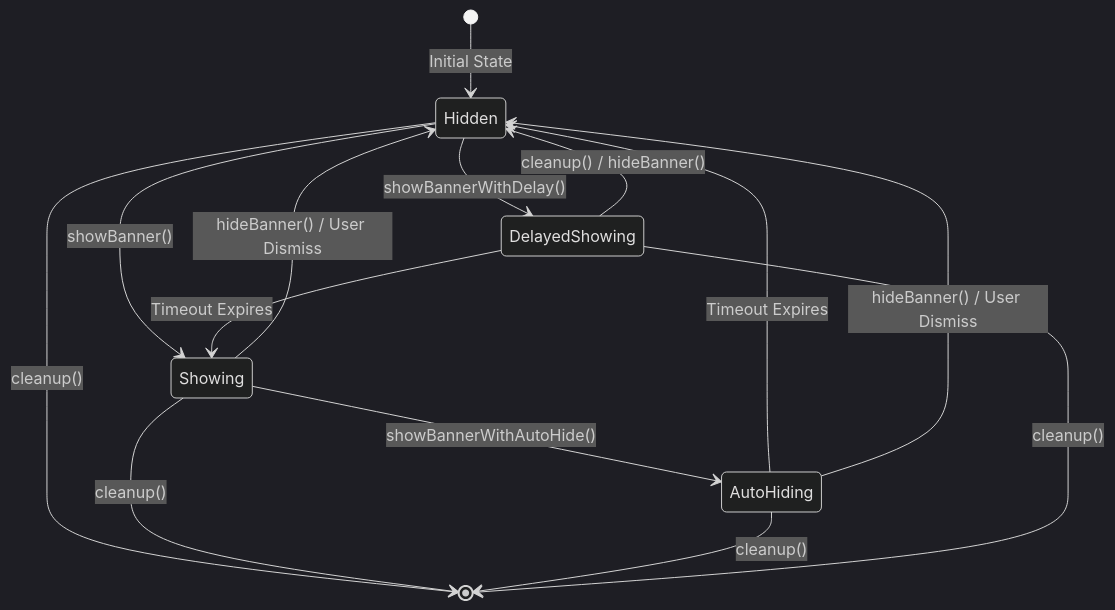
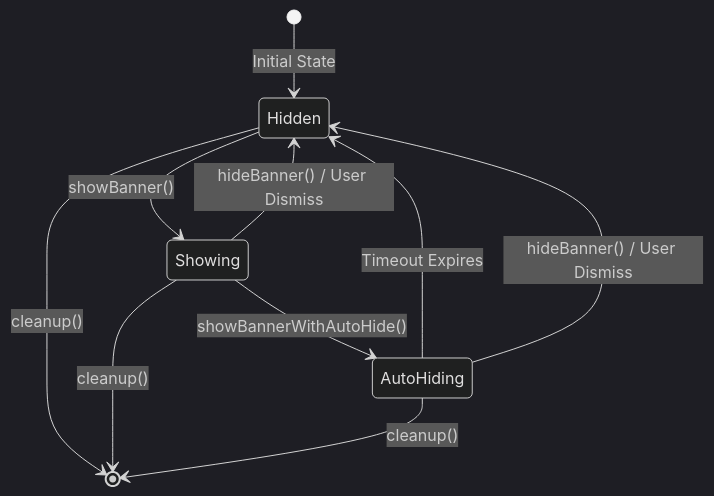
One commit to mattermost/mattermost-mobile changed the second of 7 diagrams in floating-banner.md. Above: the diagram before and after it, drawn with Mermaid (dark theme). The commit also changed other lines of this file and 6 other files, not shown here.

Commit message:
customContent => customComponent * removed showBannerWithDelay()

````diff
--- a/floating-banner.md
+++ b/floating-banner.md
@@ -63,20 +63,15 @@
 ```mermaid
 stateDiagram-v2
     [*] --> Hidden: Initial State
     Hidden --> Showing: showBanner()
-    Hidden --> DelayedShowing: showBannerWithDelay()
-    
-    DelayedShowing --> Showing: Timeout Expires
-    DelayedShowing --> Hidden: cleanup() / hideBanner()
     
     Showing --> AutoHiding: showBannerWithAutoHide()
     Showing --> Hidden: hideBanner() / User Dismiss
     
     AutoHiding --> Hidden: Timeout Expires
     AutoHiding --> Hidden: hideBanner() / User Dismiss
     
     Hidden --> [*]: cleanup()
     Showing --> [*]: cleanup()
     AutoHiding --> [*]: cleanup()
-    DelayedShowing --> [*]: cleanup()
 ```
````
